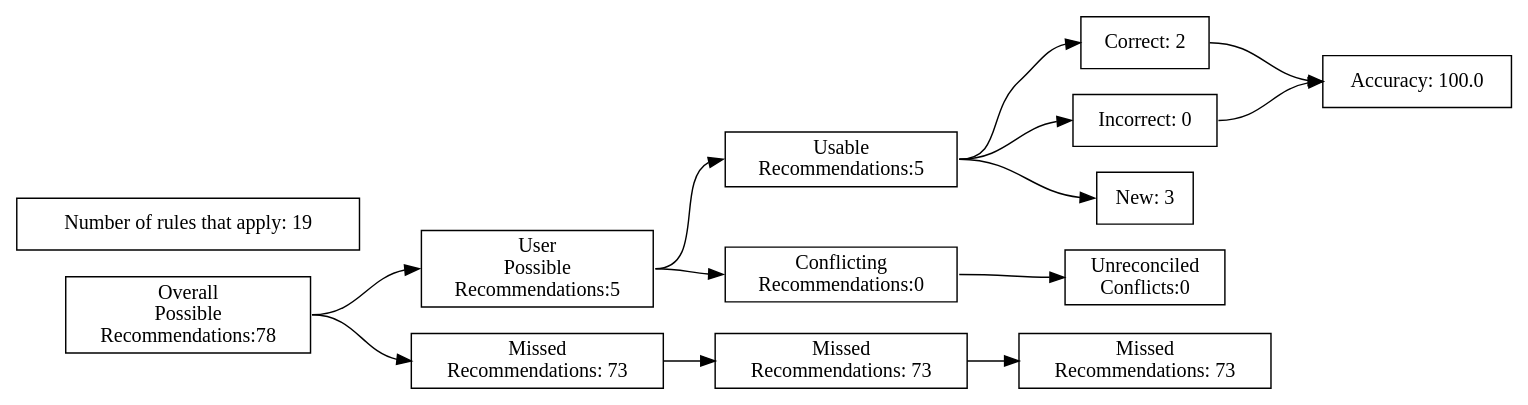
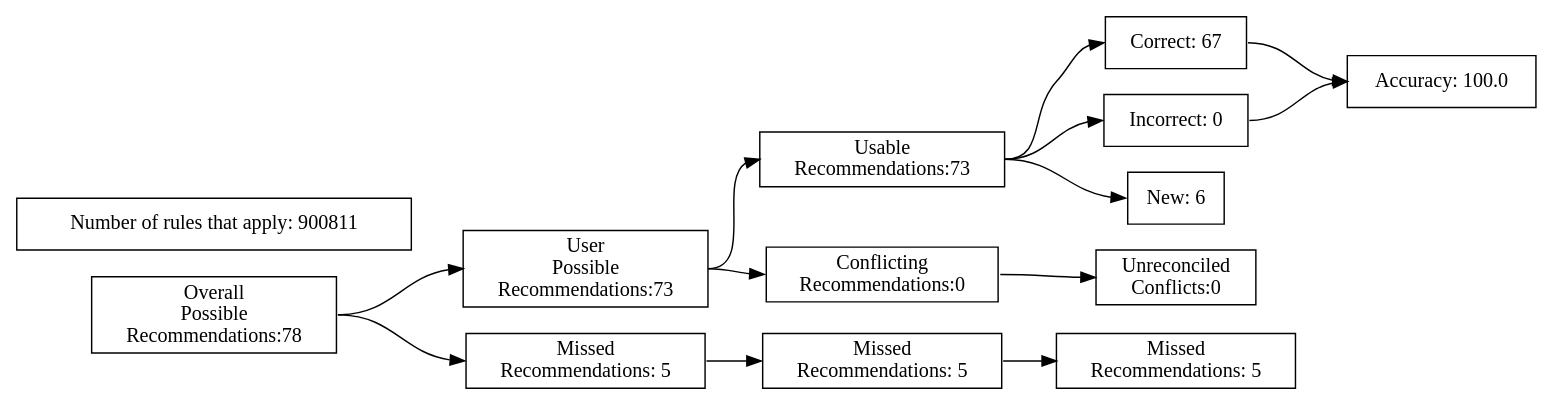
Before and after one commit to ZaxR/ibd_diet_analysis: the diagram in test_renders/90.gv, drawn with Graphviz. The commit also changed 226 other files, not shown here.

Commit message:
Add model rule chart; fix typos

```diff
--- a/test_renders/90.gv
+++ b/test_renders/90.gv
@@ -1,40 +1,40 @@
 digraph {
 	graph [rankdir=LR]
 	node [pos=r shape=box]
 	edge [headport=w tailport=e]
 		A [label="Overall
 Possible
 Recommendations:78"]
 		B [label="User
 Possible
-Recommendations:5"]
+Recommendations:73"]
 		C [label="Missed
-Recommendations: 73"]
+Recommendations: 5"]
 		D [label="Usable
-Recommendations:5"]
+Recommendations:73"]
 		E [label="Conflicting
 Recommendations:0"]
 		J [label="Missed
-Recommendations: 73"]
+Recommendations: 5"]
 		M [label="Unreconciled
 Conflicts:0"]
-		F [label="Correct: 2"]
+		F [label="Correct: 67"]
 		G [label="Incorrect: 0"]
-		H [label="New: 3"]
+		H [label="New: 6"]
 		K [label="Missed
-Recommendations: 73"]
+Recommendations: 5"]
 		I [label="Accuracy: 100.0"]
-		l [label="Number of rules that apply: 19"]
+		l [label="Number of rules that apply: 900811"]
 			A -> B
 			A -> C
 			B -> D
 			B -> E
 			D -> F
 			D -> G
 			D -> H
 			F -> I
 			G -> I
 			C -> J
 			J -> K
 			E -> M
 }
```
